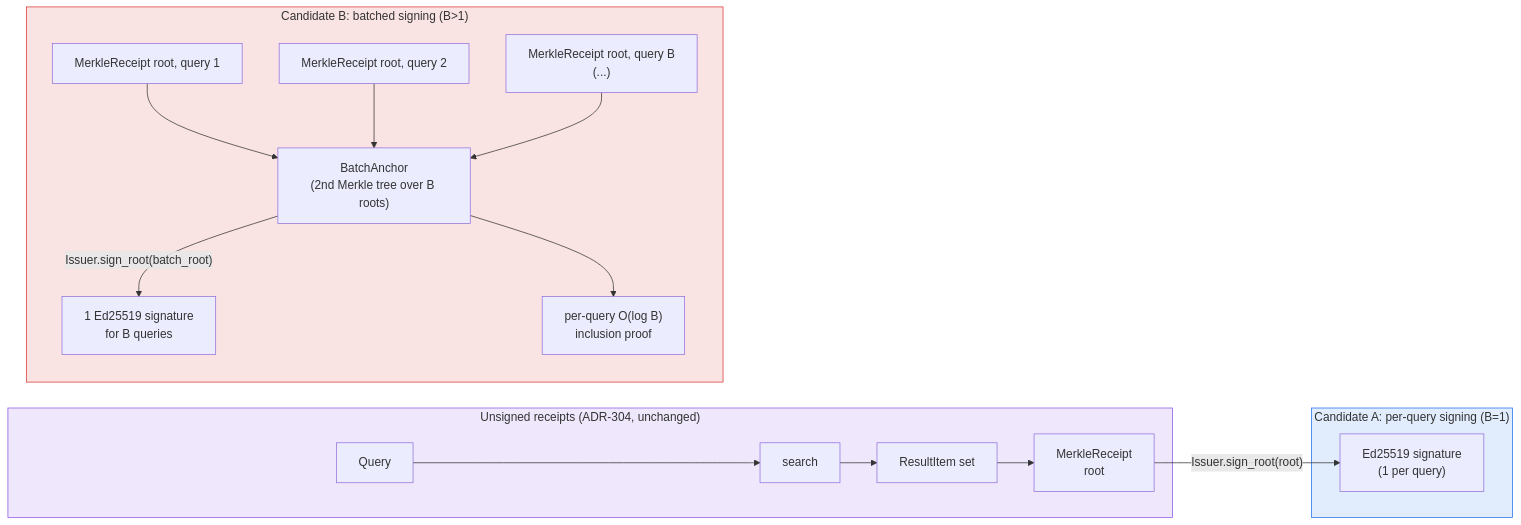
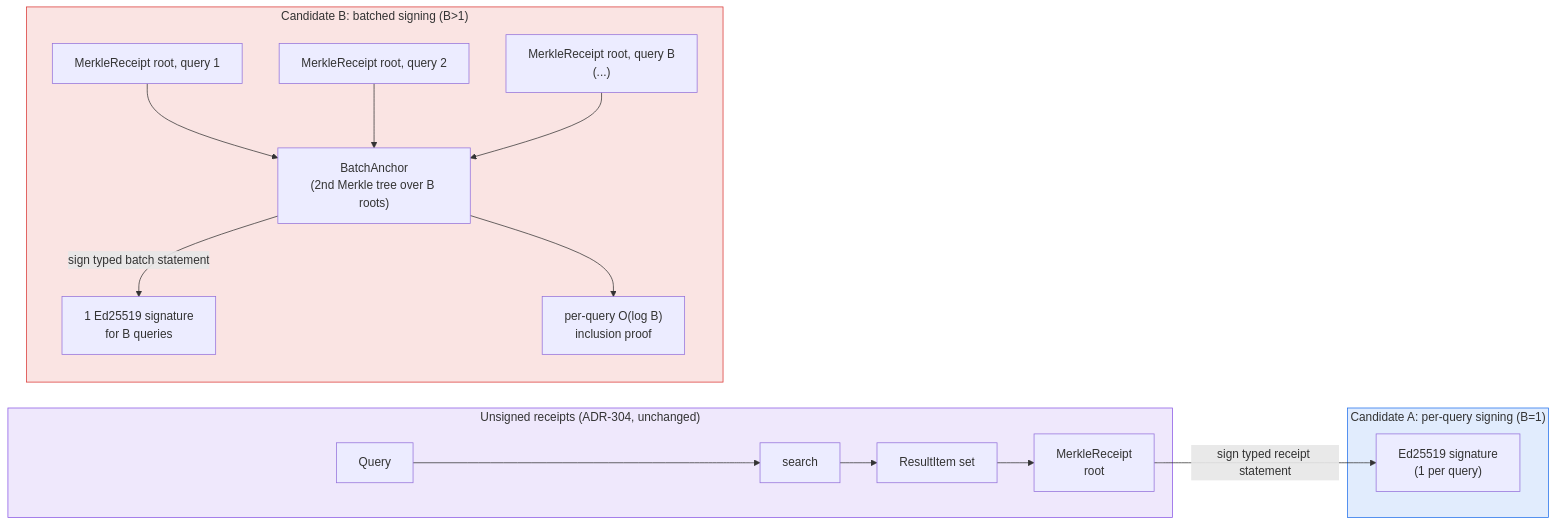
The diagram in docs/research/nightly/2026-08-31-signed-retrieval-receipts/README.md (13obbyMack/ruvector), drawn with Mermaid before and after one commit. The commit also changed other lines of this file and 7 other files, not shown here.

Commit message:
fix(retrieval-receipt): harden signed anchor verification

````diff
--- a/docs/research/nightly/2026-08-31-signed-retrieval-receipts/README.md
+++ b/docs/research/nightly/2026-08-31-signed-retrieval-receipts/README.md
@@ -69,23 +69,23 @@
 ```mermaid
 flowchart LR
     subgraph Unsigned["Unsigned receipts (ADR-304, unchanged)"]
         Q[Query] --> S[search] --> R[ResultItem set]
         R --> M["MerkleReceipt\nroot"]
     end
 
     subgraph SignedA["Candidate A: per-query signing (B=1)"]
-        M -->|"Issuer.sign_root(root)"| SA["Ed25519 signature\n(1 per query)"]
+        M -->|"sign typed receipt statement"| SA["Ed25519 signature\n(1 per query)"]
     end
 
     subgraph SignedB["Candidate B: batched signing (B>1)"]
         M1[MerkleReceipt root, query 1] --> BT
         M2[MerkleReceipt root, query 2] --> BT
         Mn["MerkleReceipt root, query B\n(...)"] --> BT
-        BT["BatchAnchor\n(2nd Merkle tree over B roots)"] -->|"Issuer.sign_root(batch_root)"| SB["1 Ed25519 signature\nfor B queries"]
+        BT["BatchAnchor\n(2nd Merkle tree over B roots)"] -->|"sign typed batch statement"| SB["1 Ed25519 signature\nfor B queries"]
         BT --> IP["per-query O(log B)\ninclusion proof"]
     end
 
     style Unsigned fill:#8957e522,stroke:#8957e5
     style SignedA fill:#1f6feb22,stroke:#1f6feb
     style SignedB fill:#da363322,stroke:#da3633
 ```
````
